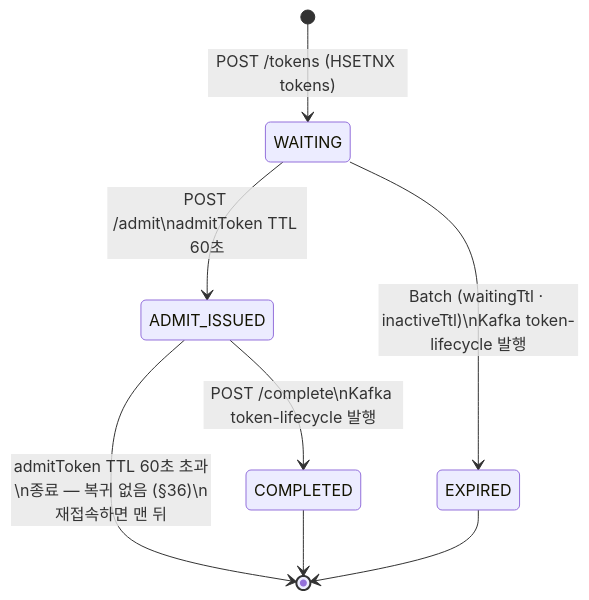
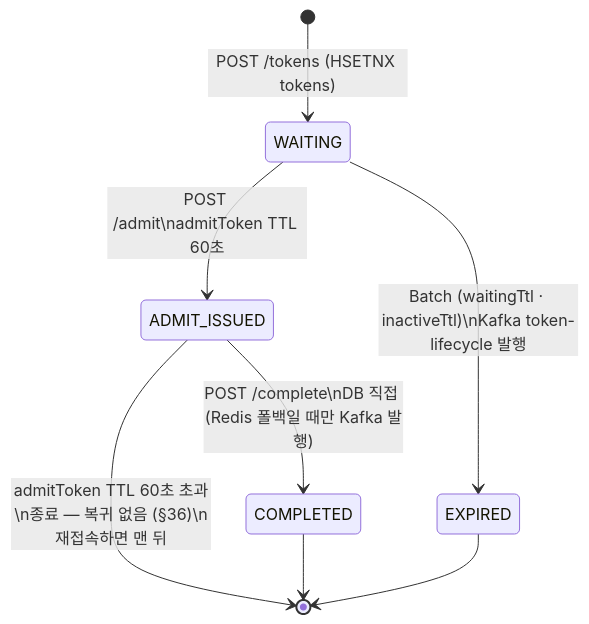
One commit to S-Onix/queue-platform changed the diagram in doc/FRS_final.md. Above: the diagram before and after it, drawn with Mermaid. The commit also changed other lines of this file and 4 other files, not shown here.

First line of the commit message:
perf(complete): DB 경로에서 COMPLETED 발행을 뺀다 — 이미 커밋된 status=2 라 컨슈머 적재가 항상 no-op 이다

````diff
--- a/doc/FRS_final.md
+++ b/doc/FRS_final.md
@@ -234,10 +234,10 @@
 ```mermaid
 stateDiagram-v2
     [*] --> WAITING : POST /tokens (HSETNX tokens)
     WAITING --> ADMIT_ISSUED : POST /admit\nadmitToken TTL 60초
-    ADMIT_ISSUED --> COMPLETED : POST /complete\nKafka token-lifecycle 발행
+    ADMIT_ISSUED --> COMPLETED : POST /complete\nDB 직접 (Redis 폴백일 때만 Kafka 발행)
     ADMIT_ISSUED --> [*] : admitToken TTL 60초 초과\n종료 — 복귀 없음 (§36)\n재접속하면 맨 뒤
     WAITING --> EXPIRED : Batch (waitingTtl · inactiveTtl)\nKafka token-lifecycle 발행
     COMPLETED --> [*]
     EXPIRED --> [*]
 ```
````
